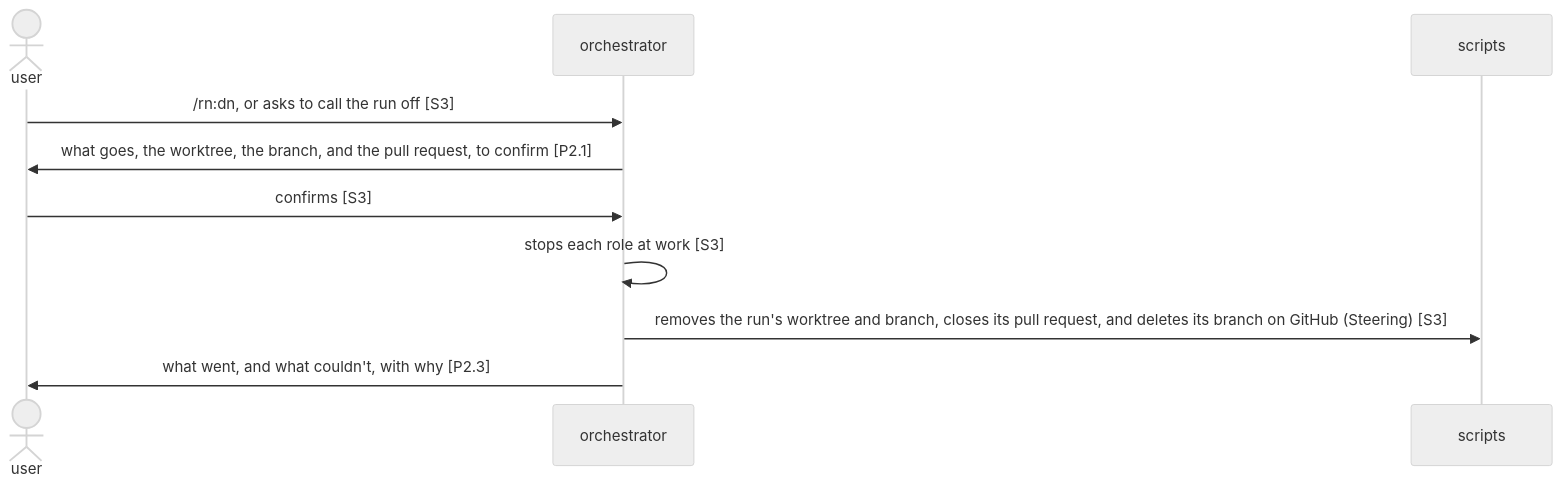
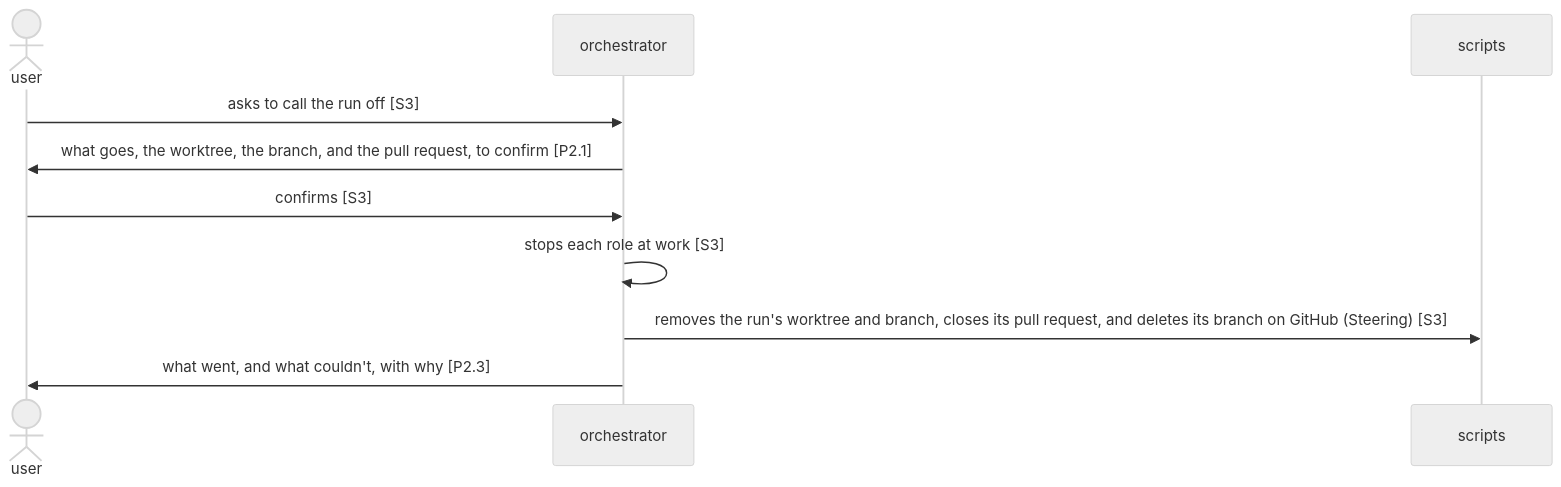
Before and after one commit to lovaizu/ccpm: the third of 3 diagrams in dev/rn/architecture.md, drawn with Mermaid (neutral theme). The commit also changed other lines of this file and 4 other files, not shown here.

First line of the commit message:
rn: a run is called off on the user's words once they confirm, and /rn:dn stays a stop for now

````diff
--- a/dev/rn/architecture.md
+++ b/dev/rn/architecture.md
@@ -310,12 +310,12 @@
 ```mermaid
 sequenceDiagram
   actor U as user
   participant O as orchestrator
   participant S as scripts
-  U->>O: /rn:dn, or asks to call the run off [S3]
+  U->>O: asks to call the run off [S3]
   O->>U: what goes, the worktree, the branch, and the pull request, to confirm [P2.1]
   U->>O: confirms [S3]
   O->>O: stops each role at work [S3]
   O->>S: removes the run's worktree and branch, closes its pull request, and deletes its branch on GitHub (Steering) [S3]
   O->>U: what went, and what couldn't, with why [P2.3]
 ```
````
